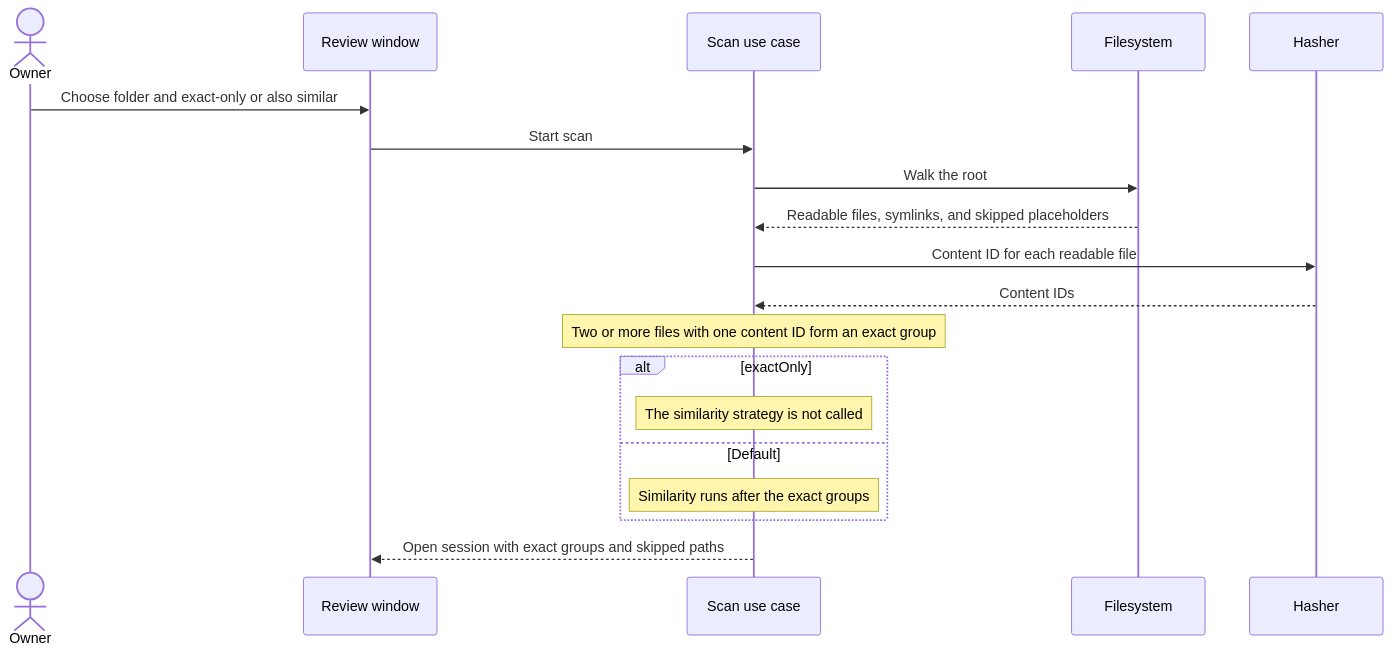
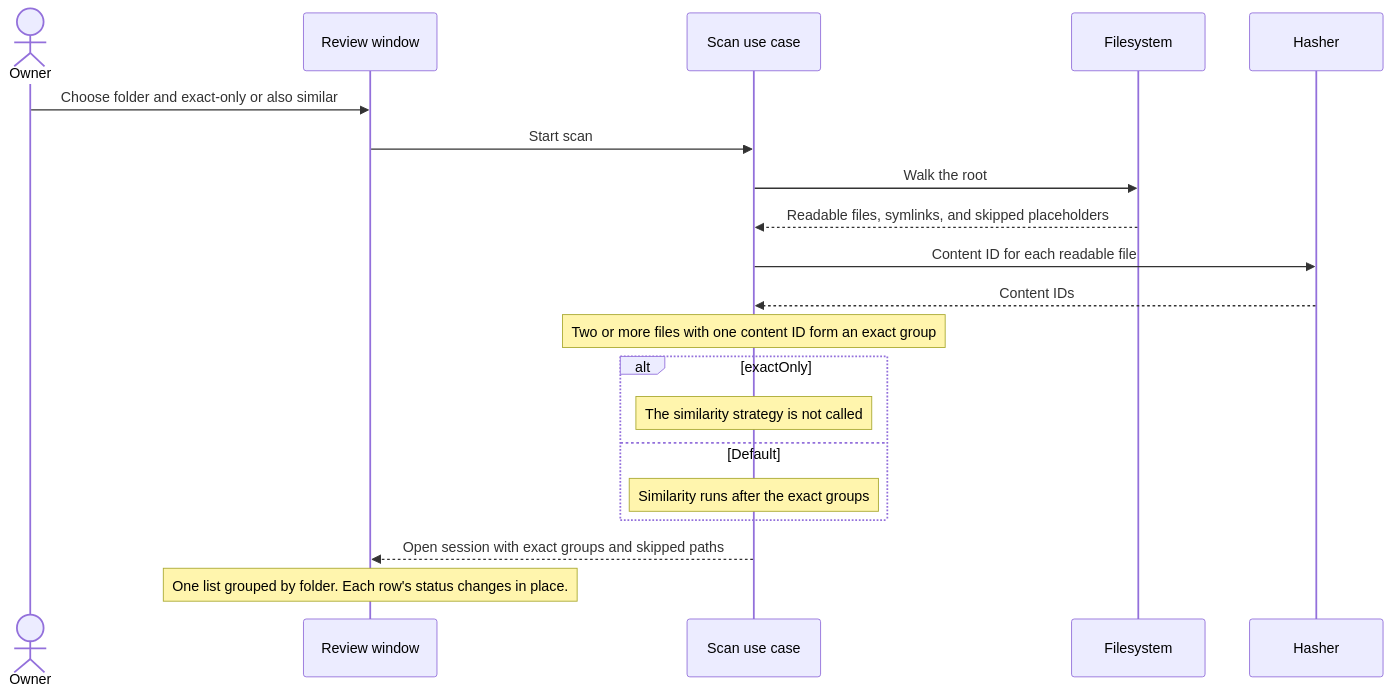
One commit to cionz0/hdsort changed the second of 8 diagrams in docs/use-cases.md. Above: the diagram before and after it, drawn with Mermaid. The commit also changed other lines of this file and 16 other files, not shown here.

Commit message:
Group the review list by folder so a scan does not show each file twice.

````diff
--- a/docs/use-cases.md
+++ b/docs/use-cases.md
@@ -34,21 +34,22 @@
 ```mermaid
 sequenceDiagram
   actor Owner
   participant Window as Review window
   participant Scan as Scan use case
   participant Disk as Filesystem
   participant Hash as Hasher
   Owner->>Window: Choose folder and exact-only or also similar
   Window->>Scan: Start scan
   Scan->>Disk: Walk the root
   Disk-->>Scan: Readable files, symlinks, and skipped placeholders
   Scan->>Hash: Content ID for each readable file
   Hash-->>Scan: Content IDs
   Note over Scan: Two or more files with one content ID form an exact group
   alt exactOnly
     Note over Scan: The similarity strategy is not called
   else Default
     Note over Scan: Similarity runs after the exact groups
   end
   Scan-->>Window: Open session with exact groups and skipped paths
+  Note over Window: One list grouped by folder. Each row's status changes in place.
 ```
````
